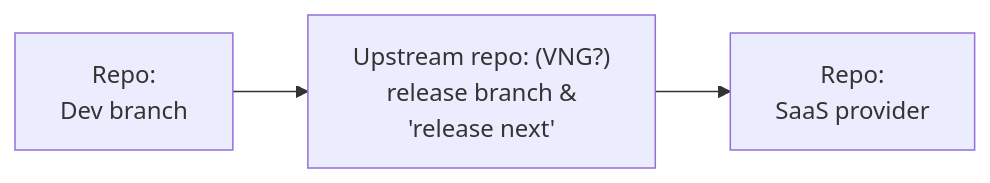
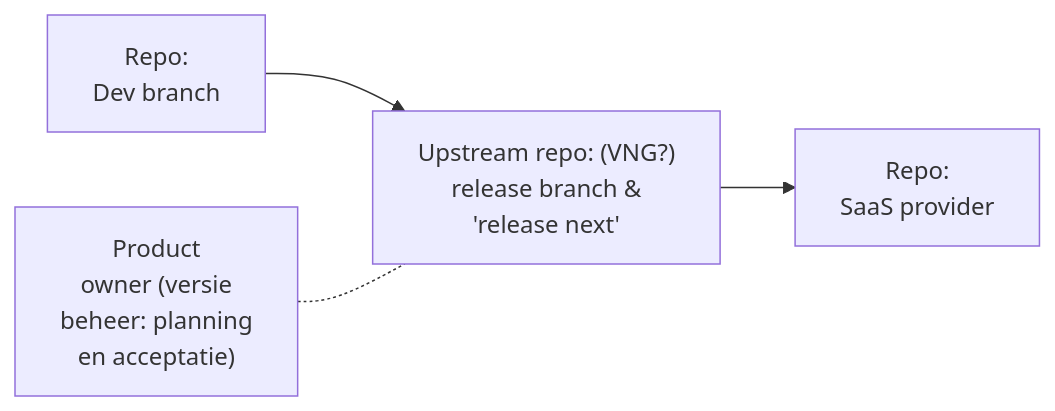
One commit to open-zaak/samenwerken changed the first of 3 diagrams in docs/verslag-ecosysteem-en-rollen.md. Above: the diagram before and after it, drawn with Mermaid.

Commit message:
tweaks diagram

````diff
--- a/docs/verslag-ecosysteem-en-rollen.md
+++ b/docs/verslag-ecosysteem-en-rollen.md
@@ -157,11 +157,13 @@
 ```mermaid
 graph LR
     %% Nodes
     Dev1["Repo:<br/>Dev branch"]
     SaaS["Repo:<br/>SaaS provider"]
     Upstream["Upstream repo: (VNG?)<br/>release branch &<br/>'release next'"]
+    PO["Product<br/>owner (versie<br/>beheer: planning<br/>en acceptatie)"]
 
     %% Connections
     Dev1 --> Upstream
     Upstream --> SaaS
+    PO -.- Upstream
 ```
````
